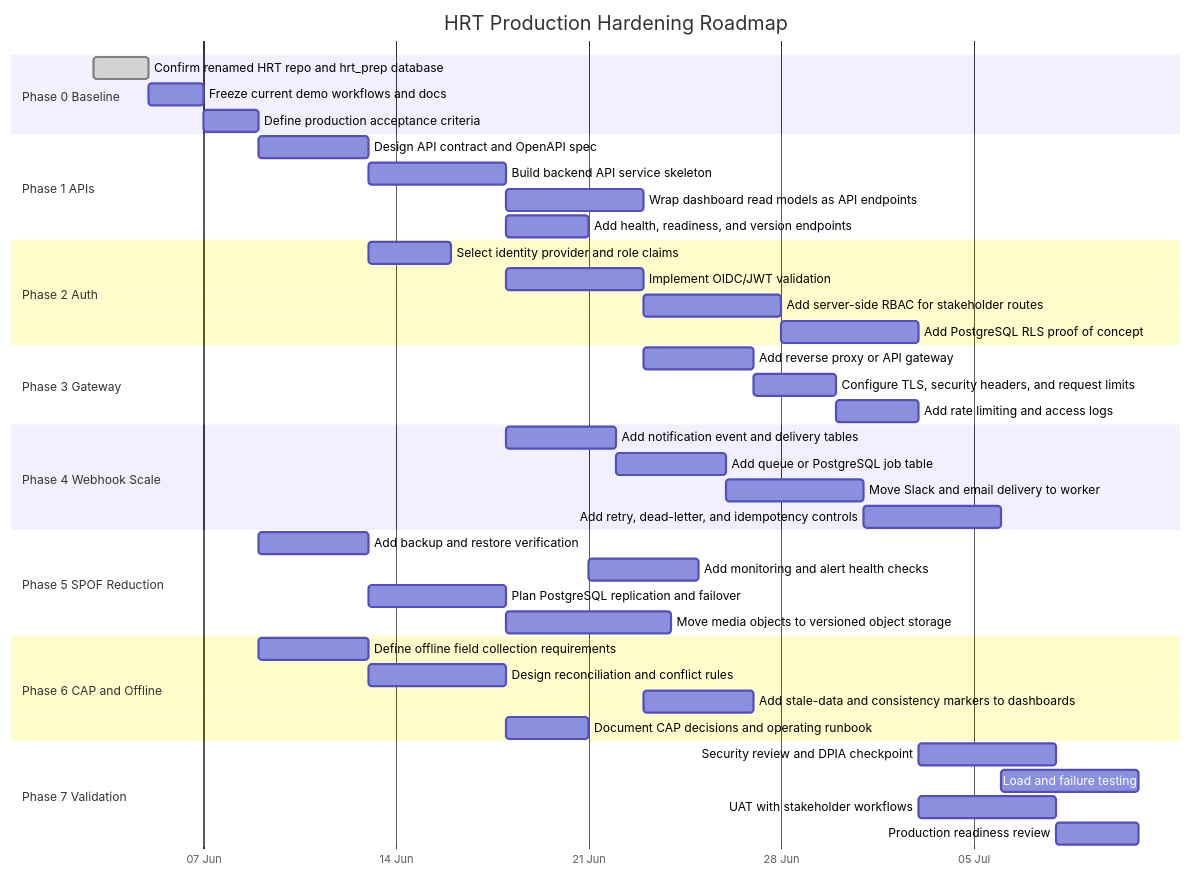
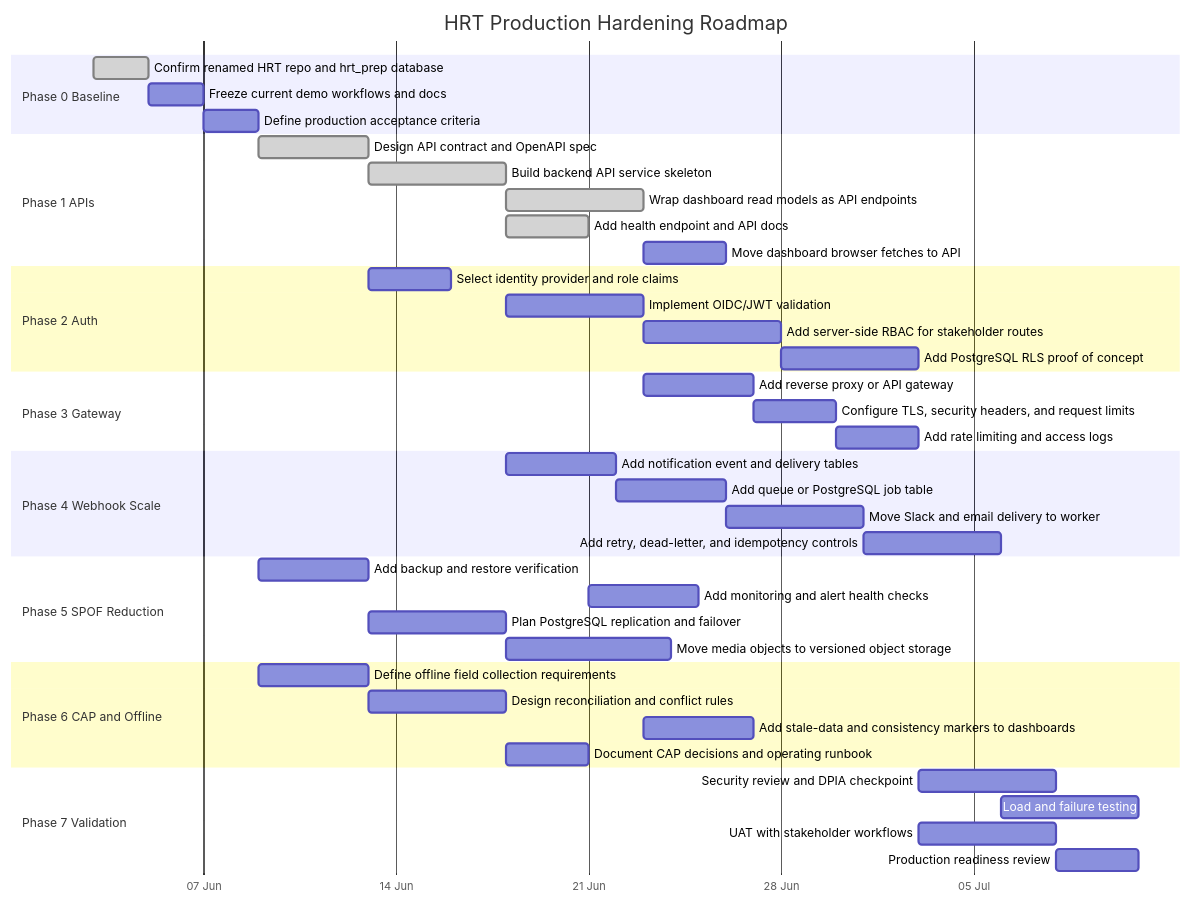
Before and after one commit to waigisteve/hrt-dbm-evidence-ops: the diagram in implementation_roadmap.md, drawn with Mermaid. The commit also changed other lines of this file and 1 other file, not shown here.

Commit message:
Reflect API implementation in architecture docs

````diff
--- a/implementation_roadmap.md
+++ b/implementation_roadmap.md
@@ -88,52 +88,53 @@
 ```mermaid
 gantt
     title HRT Production Hardening Roadmap
     dateFormat  YYYY-MM-DD
     axisFormat  %d %b
 
     section Phase 0 Baseline
     Confirm renamed HRT repo and hrt_prep database        :done, p0a, 2026-06-03, 2d
     Freeze current demo workflows and docs                :p0b, after p0a, 2d
     Define production acceptance criteria                 :p0c, after p0b, 2d
 
     section Phase 1 APIs
-    Design API contract and OpenAPI spec                  :p1a, after p0c, 4d
-    Build backend API service skeleton                    :p1b, after p1a, 5d
-    Wrap dashboard read models as API endpoints           :p1c, after p1b, 5d
-    Add health, readiness, and version endpoints          :p1d, after p1b, 3d
+    Design API contract and OpenAPI spec                  :done, p1a, after p0c, 4d
+    Build backend API service skeleton                    :done, p1b, after p1a, 5d
+    Wrap dashboard read models as API endpoints           :done, p1c, after p1b, 5d
+    Add health endpoint and API docs                      :done, p1d, after p1b, 3d
+    Move dashboard browser fetches to API                 :p1e, after p1c, 3d
 
     section Phase 2 Auth
     Select identity provider and role claims              :p2a, after p1a, 3d
     Implement OIDC/JWT validation                         :p2b, after p1b, 5d
     Add server-side RBAC for stakeholder routes           :p2c, after p2b, 5d
     Add PostgreSQL RLS proof of concept                   :p2d, after p2c, 5d
 
     section Phase 3 Gateway
     Add reverse proxy or API gateway                      :p3a, after p2b, 4d
     Configure TLS, security headers, and request limits   :p3b, after p3a, 3d
     Add rate limiting and access logs                     :p3c, after p3b, 3d
 
     section Phase 4 Webhook Scale
     Add notification event and delivery tables            :p4a, after p1b, 4d
     Add queue or PostgreSQL job table                     :p4b, after p4a, 4d
     Move Slack and email delivery to worker               :p4c, after p4b, 5d
     Add retry, dead-letter, and idempotency controls      :p4d, after p4c, 5d
 
     section Phase 5 SPOF Reduction
     Add backup and restore verification                   :p5a, after p0c, 4d
     Add monitoring and alert health checks                :p5b, after p1d, 4d
     Plan PostgreSQL replication and failover              :p5c, after p5a, 5d
     Move media objects to versioned object storage        :p5d, after p1b, 6d
 
     section Phase 6 CAP and Offline
     Define offline field collection requirements          :p6a, after p0c, 4d
     Design reconciliation and conflict rules              :p6b, after p6a, 5d
     Add stale-data and consistency markers to dashboards  :p6c, after p1c, 4d
     Document CAP decisions and operating runbook          :p6d, after p6b, 3d
 
     section Phase 7 Validation
     Security review and DPIA checkpoint                   :p7a, after p2d, 5d
     Load and failure testing                              :p7b, after p4d, 5d
     UAT with stakeholder workflows                        :p7c, after p3c, 5d
     Production readiness review                           :p7d, after p7a, 3d
 ```
````
